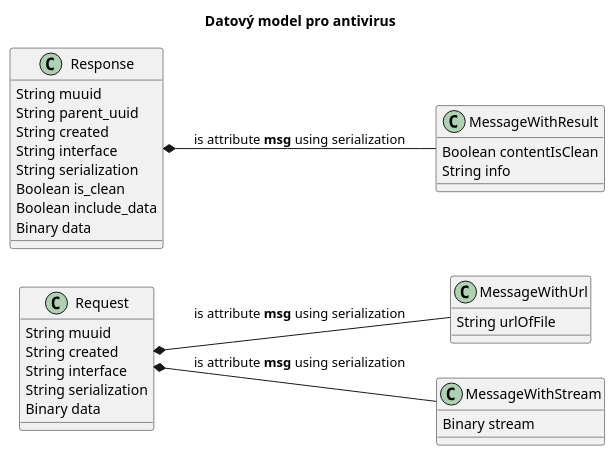
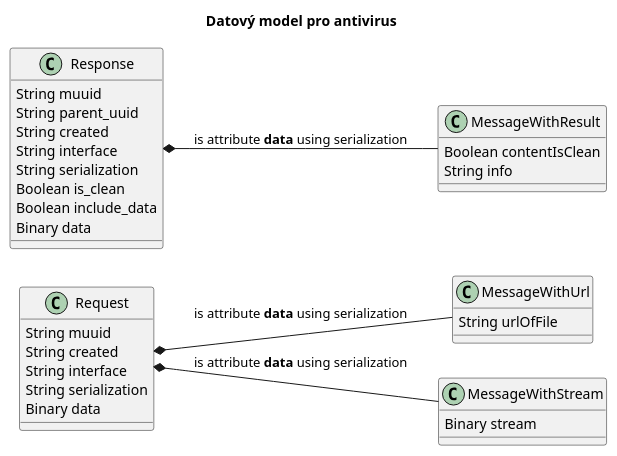
One commit to edeposit/edeposit changed the diagram in docs/middleware/dm01.plantuml. Above: the diagram before and after it, drawn with PlantUML. The commit also changed 5 other files, not shown here.

```diff
--- a/docs/middleware/dm01.plantuml
+++ b/docs/middleware/dm01.plantuml
@@ -1,43 +1,43 @@
 @startuml
 skinparam componentStyle uml2
 left to right direction
 title Datový model pro antivirus
 
 class Request {
       String muuid
       String created
       String interface
       String serialization
       Binary data
 }
 
 class MessageWithUrl {
       String urlOfFile
 }
 
 class MessageWithStream {
       Binary stream
 }
 
 class Response {
       String muuid
       String parent_uuid
       String created
       String interface
       String serialization
       Boolean is_clean
       Boolean include_data
       Binary data
 }
 
 class MessageWithResult {
       Boolean contentIsClean
       String info
 }
 
-Request *-- MessageWithUrl : is attribute <b>msg</b> using serialization
-Request *-- MessageWithStream : is attribute <b>msg</b> using serialization
+Request *-- MessageWithUrl : is attribute <b>data</b> using serialization
+Request *-- MessageWithStream : is attribute <b>data</b> using serialization
 
-Response *-- MessageWithResult : is attribute <b>msg</b> using serialization
+Response *-- MessageWithResult : is attribute <b>data</b> using serialization
 
 @enduml
```
